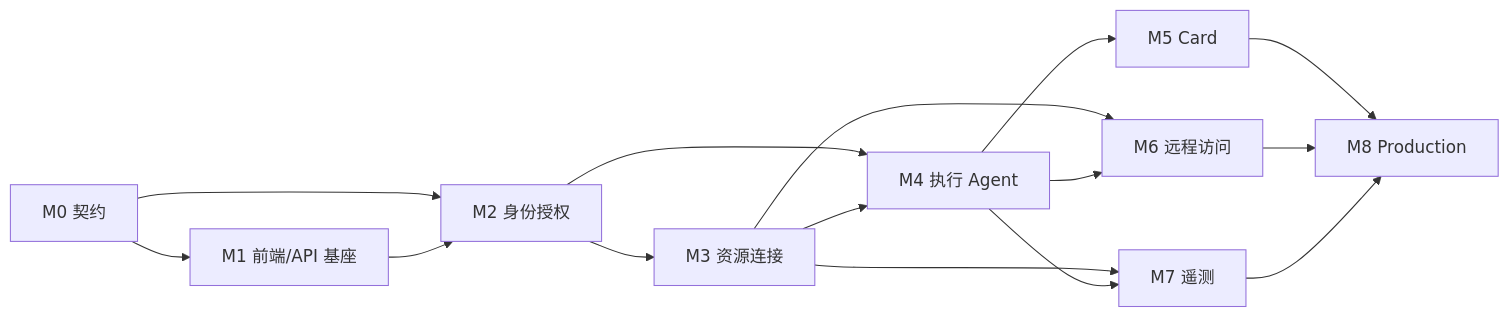
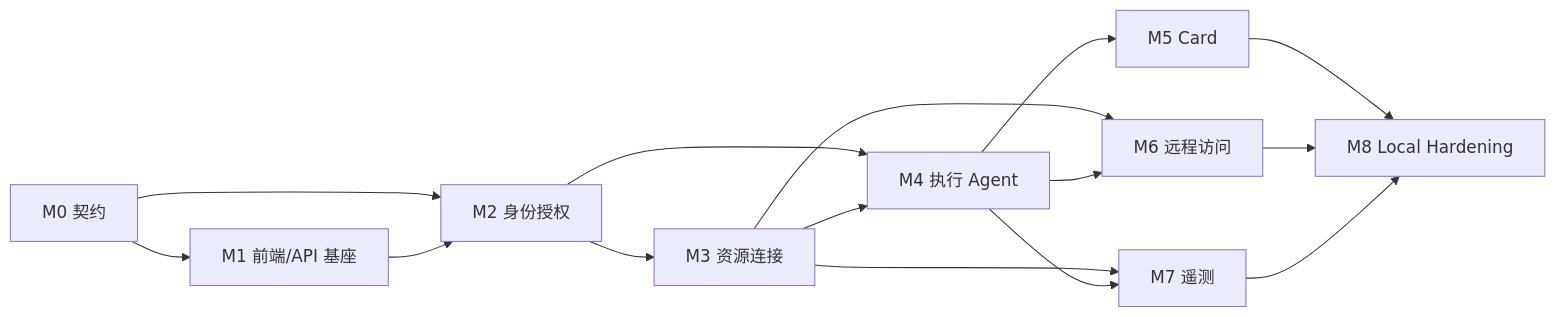
One commit to kakj-go/Argus changed the diagram in docs/15-end-to-end-implementation-plan.md. Above: the diagram before and after it, drawn with Mermaid. The commit also changed other lines of this file and 132 other files, not shown here.

````diff
--- a/docs/15-end-to-end-implementation-plan.md
+++ b/docs/15-end-to-end-implementation-plan.md
@@ -95,17 +95,17 @@
 ```mermaid
 flowchart LR
     M0["M0 契约"] --> M1["M1 前端/API 基座"]
     M0 --> M2["M2 身份授权"]
     M1 --> M2
     M2 --> M3["M3 资源连接"]
     M2 --> M4["M4 执行 Agent"]
     M3 --> M4
     M4 --> M5["M5 Card"]
     M3 --> M6["M6 远程访问"]
     M4 --> M6
     M3 --> M7["M7 遥测"]
     M4 --> M7
-    M5 --> M8["M8 Production"]
+    M5 --> M8["M8 Local Hardening"]
     M6 --> M8
     M7 --> M8
 ```
````
